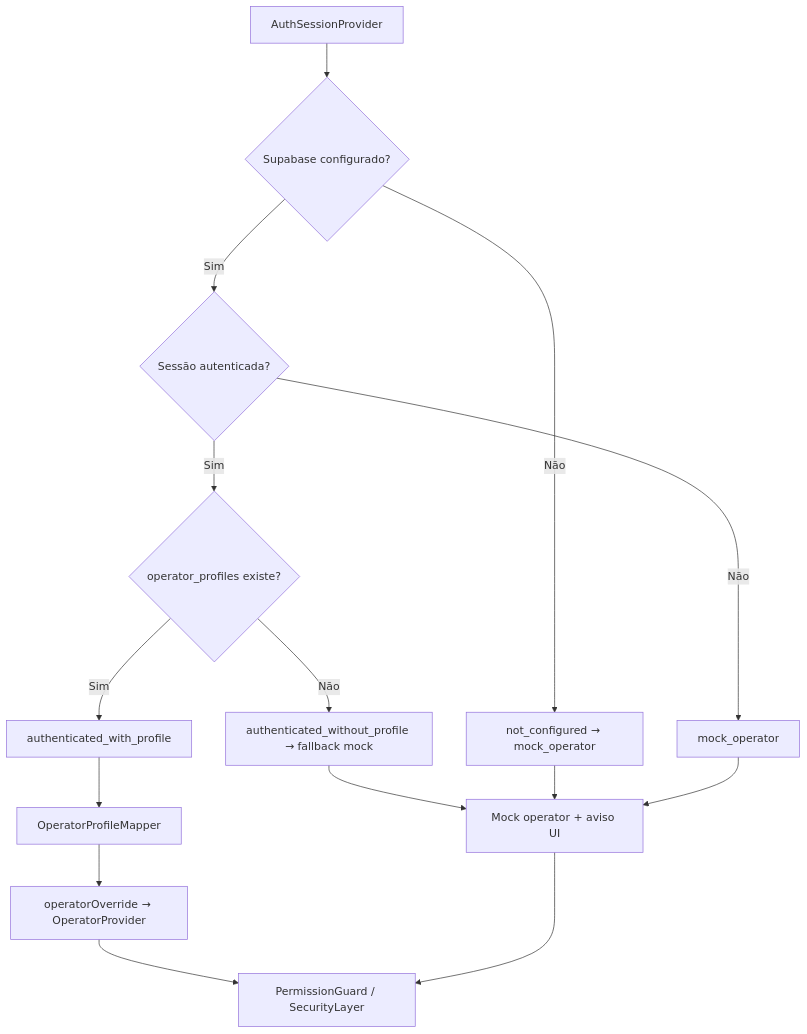
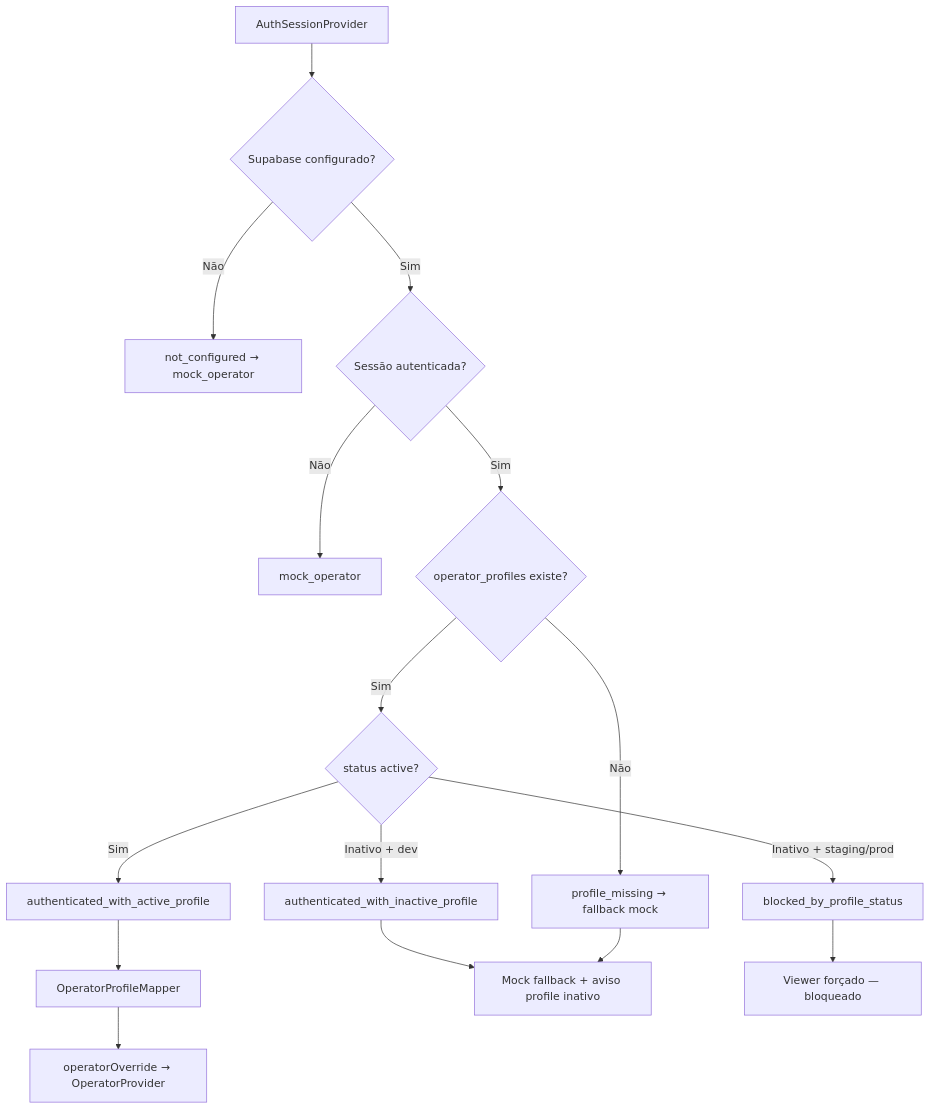
The diagram in docs/architecture/auth-operator-handoff.md (DouglasAIPlatform/douglas-ai-os), drawn with Mermaid before and after one commit. The commit also changed other lines of this file and 65 other files, not shown here.

````diff
--- a/docs/architecture/auth-operator-handoff.md
+++ b/docs/architecture/auth-operator-handoff.md
@@ -12,17 +12,18 @@
 ```mermaid
 flowchart TD
   A[AuthSessionProvider] --> B{Supabase configurado?}
   B -->|Não| C[not_configured → mock_operator]
   B -->|Sim| D{Sessão autenticada?}
   D -->|Não| E[mock_operator]
   D -->|Sim| F{operator_profiles existe?}
-  F -->|Sim| G[authenticated_with_profile]
-  F -->|Não| H[authenticated_without_profile → fallback mock]
-  G --> I[OperatorProfileMapper]
-  I --> J[operatorOverride → OperatorProvider]
-  H --> K[Mock operator + aviso UI]
-  C --> K
-  E --> K
-  J --> L[PermissionGuard / SecurityLayer]
-  K --> L
+  F -->|Sim| G{status active?}
+  G -->|Sim| H[authenticated_with_active_profile]
+  G -->|Inativo + dev| I[authenticated_with_inactive_profile]
+  G -->|Inativo + staging/prod| J[blocked_by_profile_status]
+  F -->|Não| K[profile_missing → fallback mock]
+  H --> L[OperatorProfileMapper]
+  L --> M[operatorOverride → OperatorProvider]
+  I --> N[Mock fallback + aviso profile inativo]
+  J --> O[Viewer forçado — bloqueado]
+  K --> N
 ```
````
